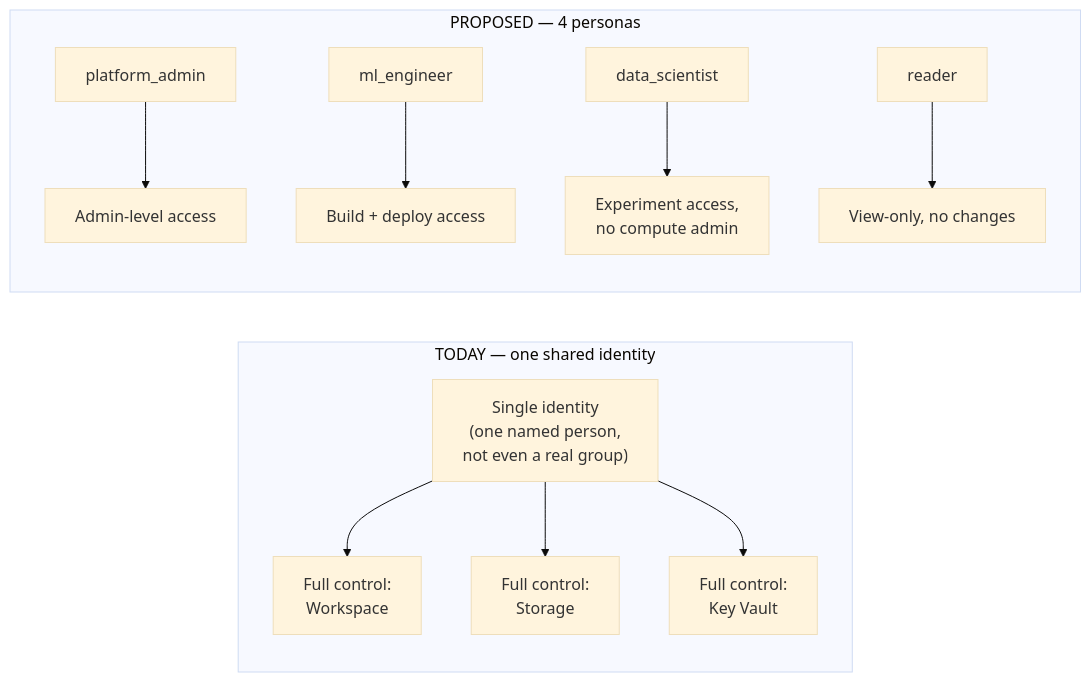
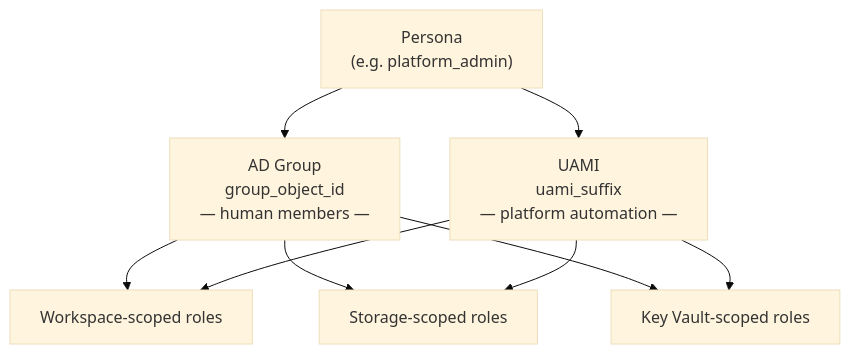
The second of 2 diagrams in output/aitapa-deepak-status-2026-08-07.md (varsha613/agent_1), drawn with Mermaid (base theme) before and after one commit. The commit also changed other lines of this file, not shown here.

First line of the commit message:
Refocus Deepak doc: architecture + role-by-role rationale only

````diff
--- a/output/aitapa-deepak-status-2026-08-07.md
+++ b/output/aitapa-deepak-status-2026-08-07.md
@@ -79,16 +43,11 @@
 ```mermaid
-flowchart LR
-  subgraph BEFORE["TODAY — one shared identity"]
-    direction TB
-    P1["Single identity<br>(one named person,<br>not even a real group)"] --> R1a["Full control:<br>Workspace"]
-    P1 --> R1b["Full control:<br>Storage"]
-    P1 --> R1c["Full control:<br>Key Vault"]
-  end
-  subgraph AFTER["PROPOSED — 4 personas"]
-    direction TB
-    PA2["platform_admin"] --> RA2["Admin-level access"]
-    ME2["ml_engineer"] --> RM2["Build + deploy access"]
-    DS2["data_scientist"] --> RD2["Experiment access,<br>no compute admin"]
-    RD3["reader"] --> RR2["View-only, no changes"]
-  end
+flowchart TB
+  PK["Persona<br>(e.g. platform_admin)"] --> ADG["AD Group<br>group_object_id<br>— human members —"]
+  PK --> UM["UAMI<br>uami_suffix<br>— platform automation —"]
+  ADG --> WS["Workspace-scoped roles"]
+  ADG --> ST["Storage-scoped roles"]
+  ADG --> KV["Key Vault-scoped roles"]
+  UM --> WS
+  UM --> ST
+  UM --> KV
 ```
````
